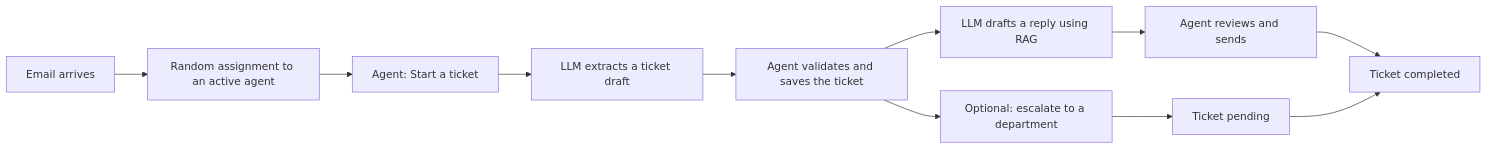
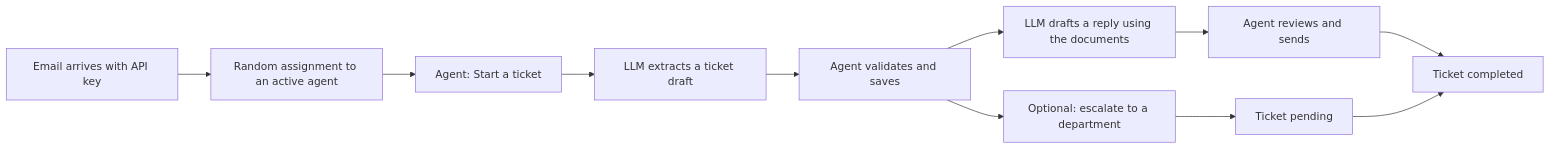
One commit to midas0715/ai-email-ops changed the second of 2 diagrams in README.md. Above: the diagram before and after it, drawn with Mermaid. The commit also changed other lines of this file and 2 other files, not shown here.

````diff
--- a/README.md
+++ b/README.md
@@ -7,13 +30,13 @@
 ```mermaid
 flowchart LR
-    A[Email arrives] --> B[Random assignment to an active agent]
+    A[Email arrives with API key] --> B[Random assignment to an active agent]
     B --> C[Agent: Start a ticket]
     C --> D[LLM extracts a ticket draft]
-    D --> E[Agent validates and saves the ticket]
-    E --> F[LLM drafts a reply using RAG]
+    D --> E[Agent validates and saves]
+    E --> F[LLM drafts a reply using the documents]
     F --> G[Agent reviews and sends]
     G --> H[Ticket completed]
     E --> I[Optional: escalate to a department]
     I --> J[Ticket pending]
     J --> H
 ```
````
